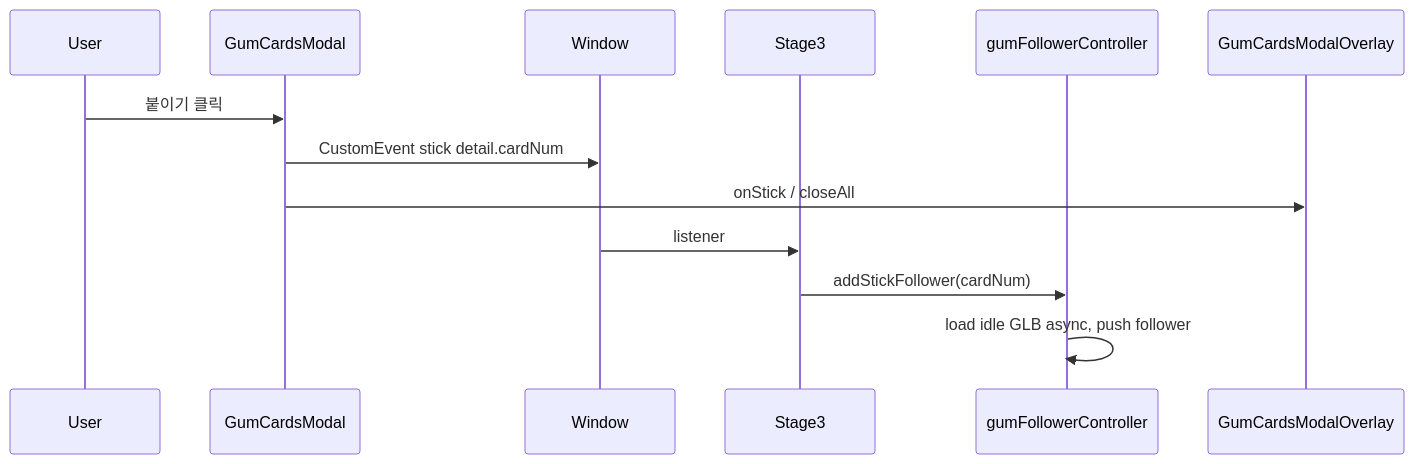
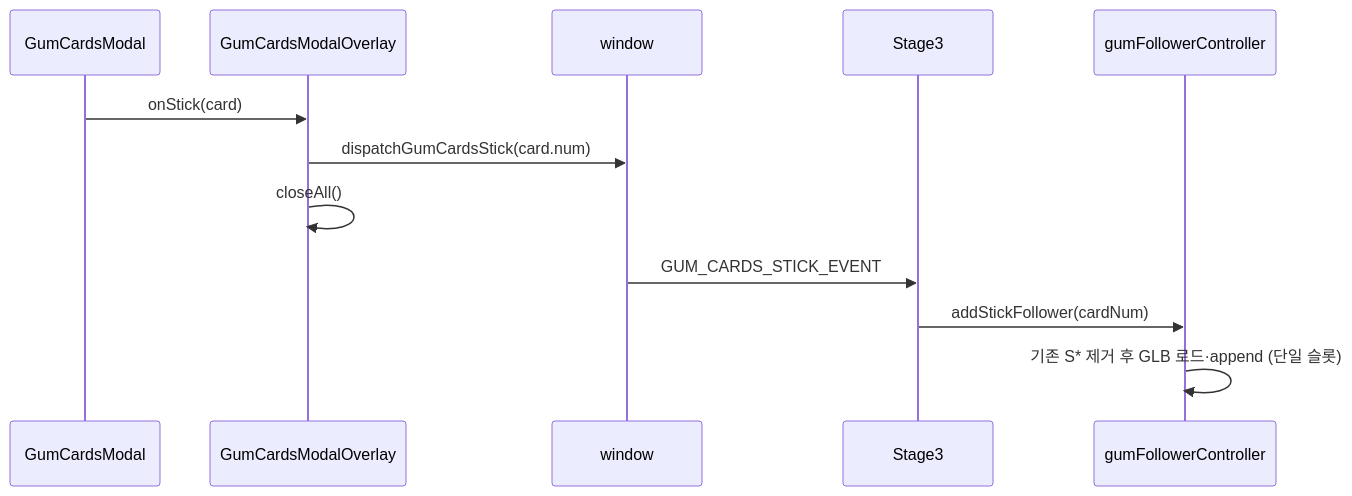
The diagram in docs/stage3-gum-card-stick-followers.md (gumgumgum-official/gum-frontend), drawn with Mermaid before and after one commit. The commit also changed other lines of this file and 5 other files, not shown here.

````diff
--- a/docs/stage3-gum-card-stick-followers.md
+++ b/docs/stage3-gum-card-stick-followers.md
@@ -75,29 +14,15 @@
 ```mermaid
+sequenceDiagram
+  participant Modal as GumCardsModal
+  participant Overlay as GumCardsModalOverlay
+  participant Win as window
+  participant S3 as Stage3
+  participant Ctrl as gumFollowerController
 
-sequenceDiagram
-
-  participant User
-
-  participant GumCardsModal
-
-  participant Window
-
-  participant Stage3
-
-  participant GumCtrl as gumFollowerController
-
-
-
-  User->>GumCardsModal: 붙이기 클릭
-
-  GumCardsModal->>Window: CustomEvent stick detail.cardNum
-
-  GumCardsModal->>GumCardsModalOverlay: onStick / closeAll
-
-  Window->>Stage3: listener
-
-  Stage3->>GumCtrl: addStickFollower(cardNum)
-
-  GumCtrl->>GumCtrl: load idle GLB async, push follower
-
+  Modal->>Overlay: onStick(card)
+  Overlay->>Win: dispatchGumCardsStick(card.num)
+  Overlay->>Overlay: closeAll()
+  Win->>S3: GUM_CARDS_STICK_EVENT
+  S3->>Ctrl: addStickFollower(cardNum)
+  Ctrl->>Ctrl: 기존 S* 제거 후 GLB 로드·append (단일 슬롯)
 ```
````
